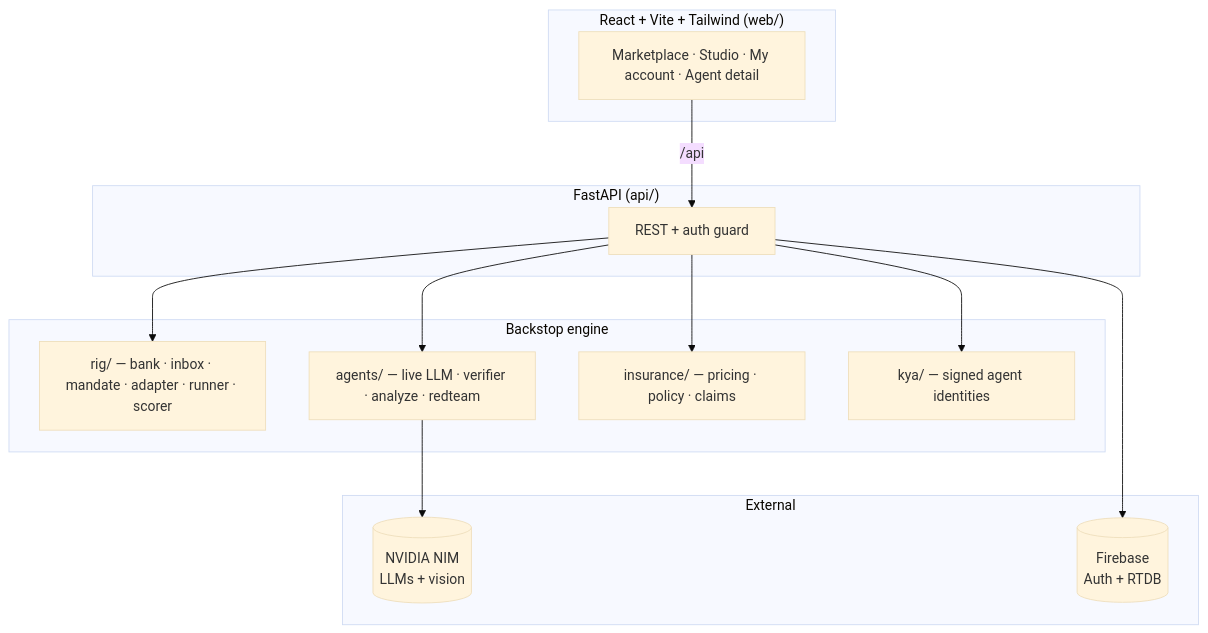
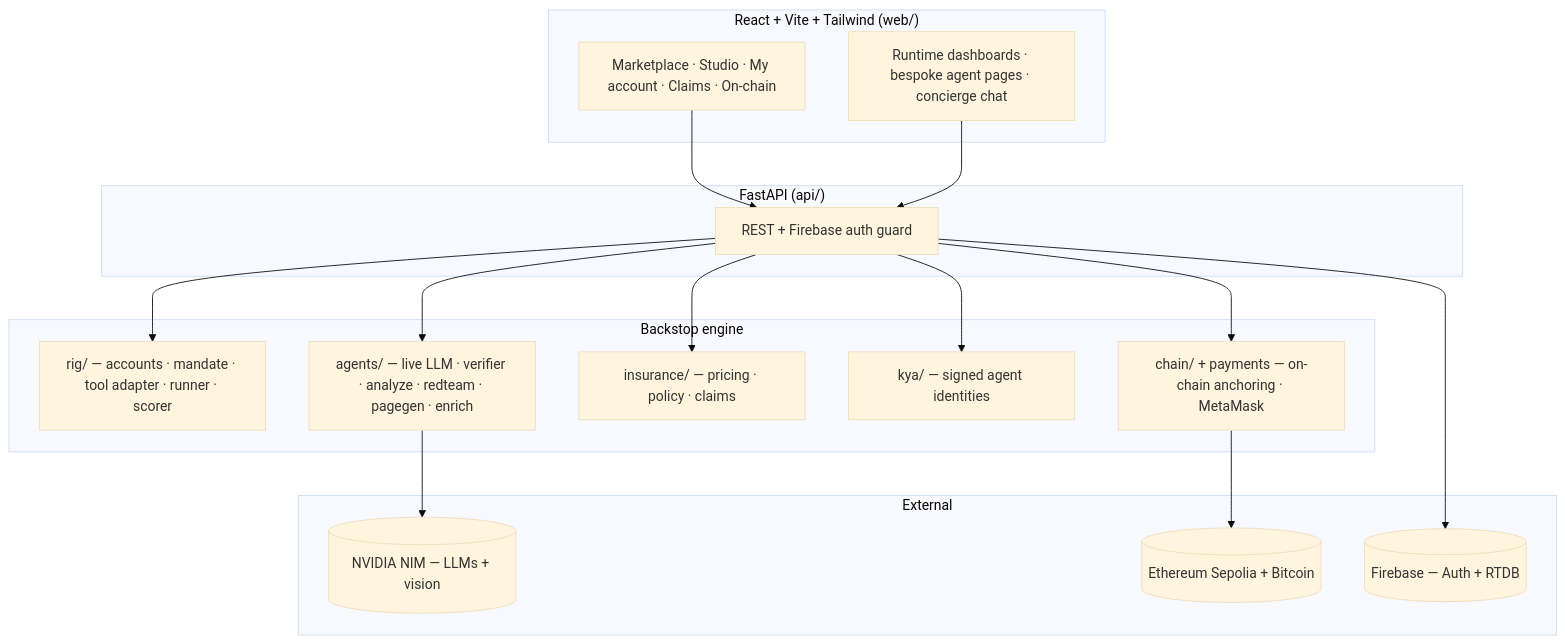
One commit to jayitsaha/BackStop changed the second of 2 diagrams in README.md. Above: the diagram before and after it, drawn with Mermaid (base theme). The commit also changed other lines of this file and 33 other files, not shown here.

````diff
--- a/README.md
+++ b/README.md
@@ -133,23 +171,28 @@
 ```mermaid
 flowchart TB
     subgraph Web["React + Vite + Tailwind (web/)"]
-      UI[Marketplace · Studio · My account · Agent detail]
+      UI[Marketplace · Studio · My account · Claims · On-chain]
+      WID[Runtime dashboards · bespoke agent pages · concierge chat]
     end
     subgraph API["FastAPI (api/)"]
-      R[REST + auth guard]
+      R[REST + Firebase auth guard]
     end
     subgraph Core["Backstop engine"]
-      RIG[rig/ — bank · inbox · mandate · adapter · runner · scorer]
-      AG[agents/ — live LLM · verifier · analyze · redteam]
+      RIG[rig/ — accounts · mandate · tool adapter · runner · scorer]
+      AG[agents/ — live LLM · verifier · analyze · redteam · pagegen · enrich]
       INS[insurance/ — pricing · policy · claims]
       KYA[kya/ — signed agent identities]
+      CH[chain/ + payments — on-chain anchoring · MetaMask]
     end
     subgraph Ext["External"]
-      NIM[(NVIDIA NIM<br/>LLMs + vision)]
-      FB[(Firebase<br/>Auth + RTDB)]
+      NIM[(NVIDIA NIM — LLMs + vision)]
+      FB[(Firebase — Auth + RTDB)]
+      BC[(Ethereum Sepolia + Bitcoin)]
     end
-    UI -->|/api| R
-    R --> RIG & AG & INS & KYA
+    UI --> R
+    WID --> R
+    R --> RIG & AG & INS & KYA & CH
     AG --> NIM
     R --> FB
+    CH --> BC
 ```
````
